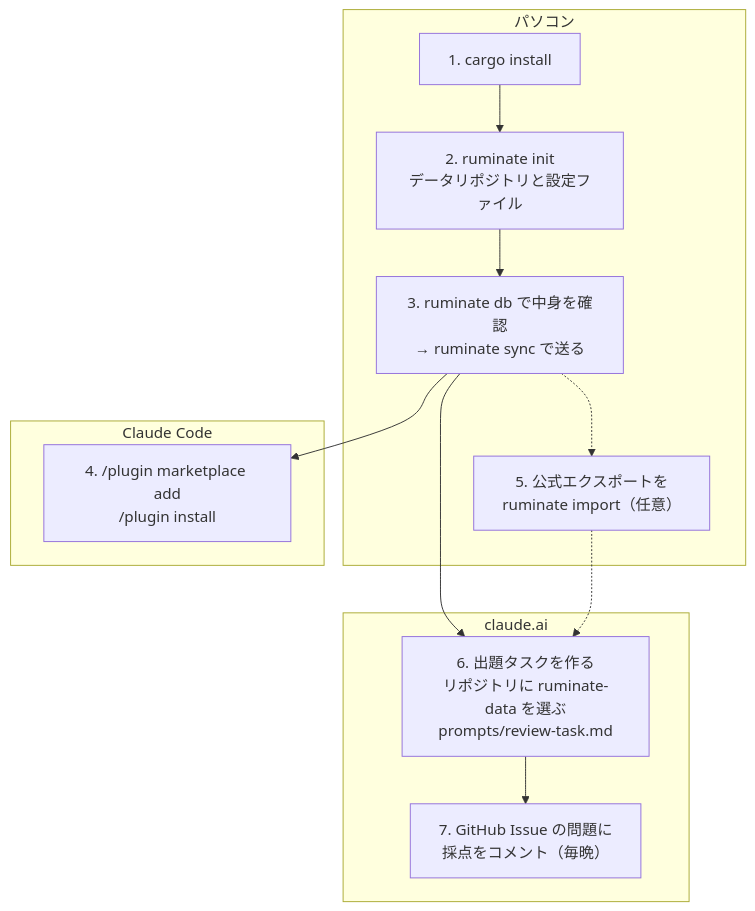
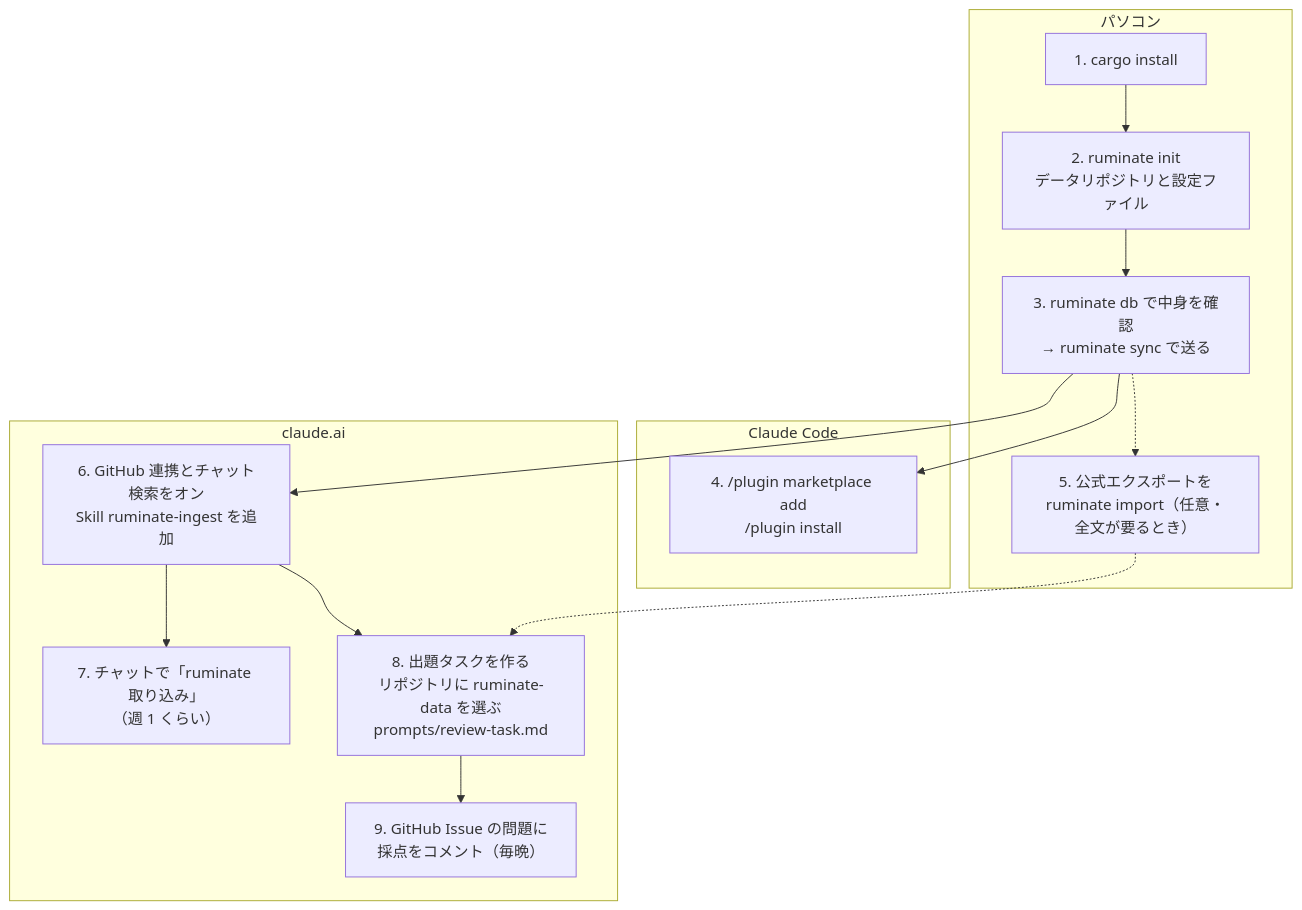
One commit to futabooo/ruminate changed the diagram in README.md. Above: the diagram before and after it, drawn with Mermaid. The commit also changed other lines of this file and 4 other files, not shown here.

First line of the commit message:
Add the ruminate-ingest skill for claude.ai

````diff
--- a/README.md
+++ b/README.md
@@ -29,18 +29,20 @@
 ```mermaid
 flowchart TD
     subgraph pc["パソコン"]
         A["1. cargo install"] --> B["2. ruminate init<br/>データリポジトリと設定ファイル"]
         B --> C["3. ruminate db で中身を確認<br/>→ ruminate sync で送る"]
-        C -.-> E["5. 公式エクスポートを<br/>ruminate import（任意）"]
+        C -.-> E["5. 公式エクスポートを<br/>ruminate import（任意・全文が要るとき）"]
     end
     subgraph cc["Claude Code"]
         D["4. /plugin marketplace add<br/>/plugin install"]
     end
     subgraph ai["claude.ai"]
-        F["6. 出題タスクを作る<br/>リポジトリに ruminate-data を選ぶ<br/>prompts/review-task.md"]
-        F --> G["7. GitHub Issue の問題に<br/>採点をコメント（毎晩）"]
+        F["6. GitHub 連携とチャット検索をオン<br/>Skill ruminate-ingest を追加"]
+        F --> G["7. チャットで「ruminate 取り込み」<br/>（週 1 くらい）"]
+        F --> H["8. 出題タスクを作る<br/>リポジトリに ruminate-data を選ぶ<br/>prompts/review-task.md"]
+        H --> I["9. GitHub Issue の問題に<br/>採点をコメント（毎晩）"]
     end
     C --> D
     C --> F
-    E -.-> F
+    E -.-> H
 ```
````
